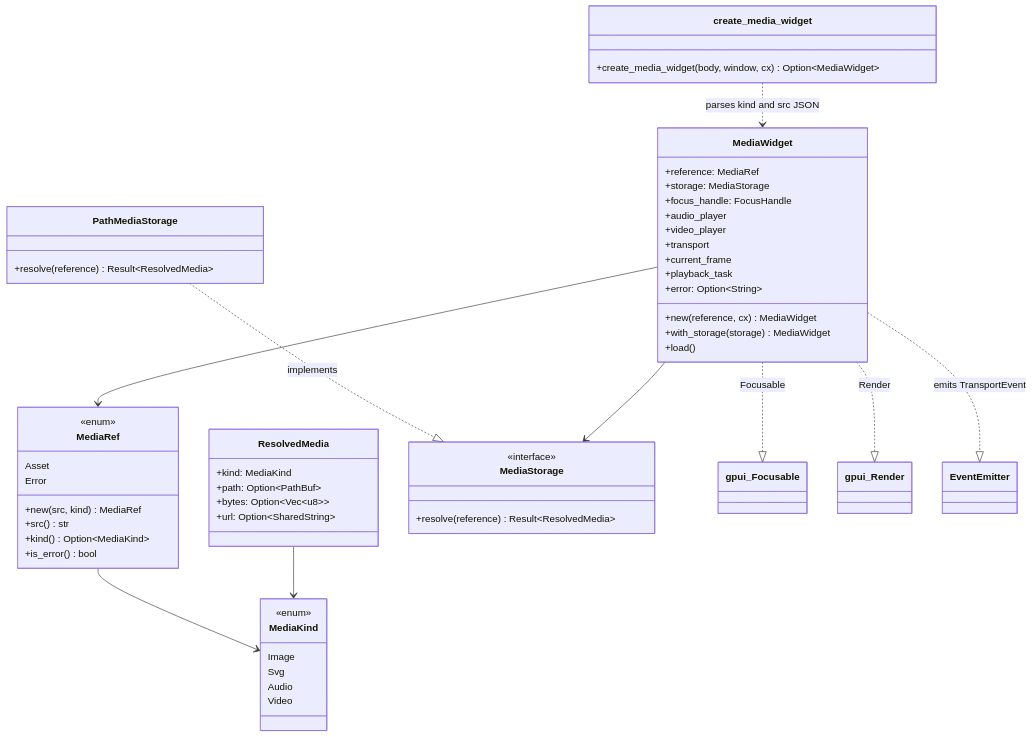
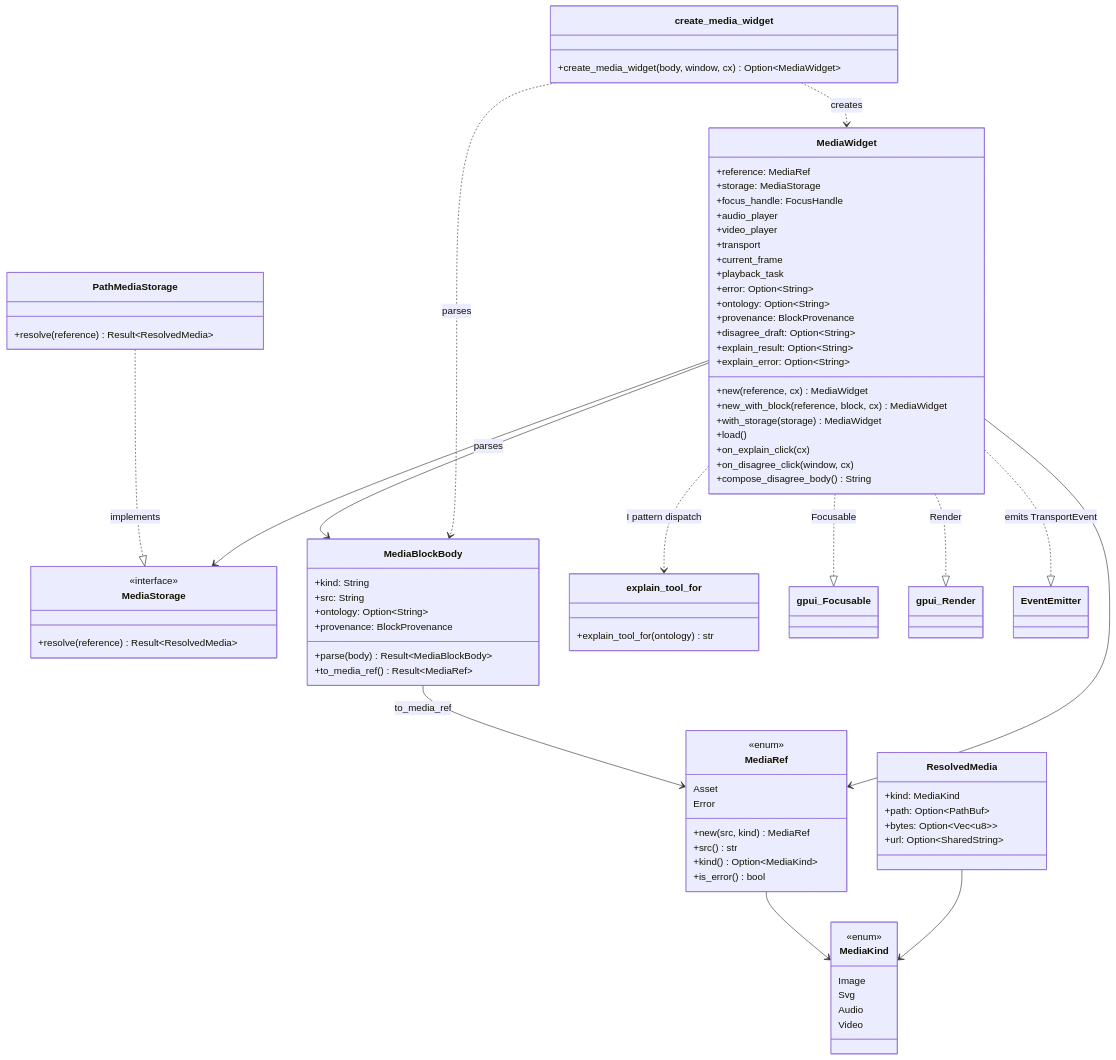
One commit to mdz-axo/zed-kask changed the diagram in kask/docs/diagrams/class-hkask-media-widget.md. Above: the diagram before and after it, drawn with Mermaid. The commit also changed other lines of this file and 14 other files, not shown here.

````diff
--- a/kask/docs/diagrams/class-hkask-media-widget.md
+++ b/kask/docs/diagrams/class-hkask-media-widget.md
@@ -48,6 +48,14 @@
     class PathMediaStorage {
         +resolve(reference) Result~ResolvedMedia~
     }
+    class MediaBlockBody {
+        +kind: String
+        +src: String
+        +ontology: Option~String~
+        +provenance: BlockProvenance
+        +parse(body) Result~MediaBlockBody~
+        +to_media_ref() Result~MediaRef~
+    }
     class MediaWidget {
         +reference: MediaRef
         +storage: MediaStorage
@@ -58,21 +66,37 @@
         +current_frame
         +playback_task
         +error: Option~String~
+        +ontology: Option~String~
+        +provenance: BlockProvenance
+        +disagree_draft: Option~String~
+        +explain_result: Option~String~
+        +explain_error: Option~String~
         +new(reference, cx) MediaWidget
+        +new_with_block(reference, block, cx) MediaWidget
         +with_storage(storage) MediaWidget
         +load()
+        +on_explain_click(cx)
+        +on_disagree_click(window, cx)
+        +compose_disagree_body() String
     }
     class create_media_widget {
         +create_media_widget(body, window, cx) Option~MediaWidget~
+    }
+    class explain_tool_for {
+        +explain_tool_for(ontology) str
     }
 
     MediaRef --> MediaKind
     ResolvedMedia --> MediaKind
     PathMediaStorage ..|> MediaStorage : implements
+    MediaBlockBody --> MediaRef : to_media_ref
     MediaWidget --> MediaRef
     MediaWidget --> MediaStorage
+    MediaWidget --> MediaBlockBody : parses
     MediaWidget ..|> gpui_Focusable : Focusable
     MediaWidget ..|> gpui_Render : Render
     MediaWidget ..|> EventEmitter : emits TransportEvent
-    create_media_widget ..> MediaWidget : parses kind and src JSON
+    MediaWidget ..> explain_tool_for : I pattern dispatch
+    create_media_widget ..> MediaBlockBody : parses
+    create_media_widget ..> MediaWidget : creates
 ```
````
